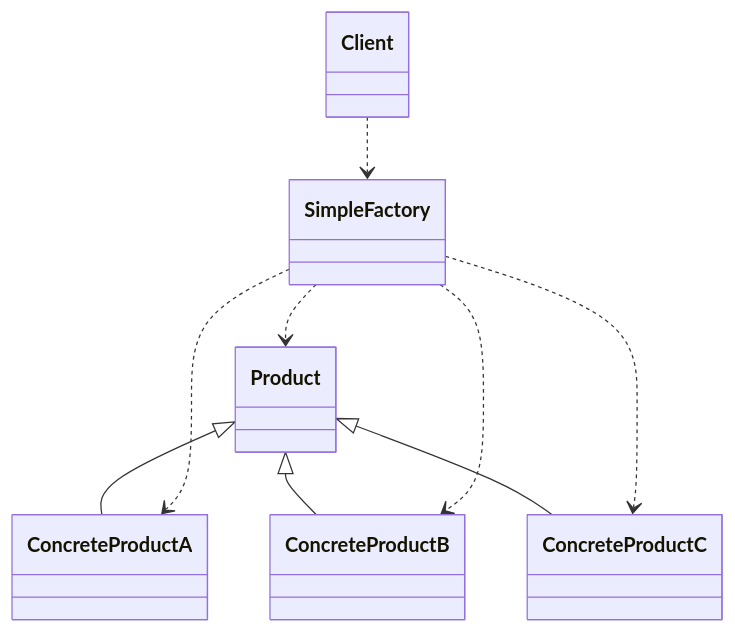
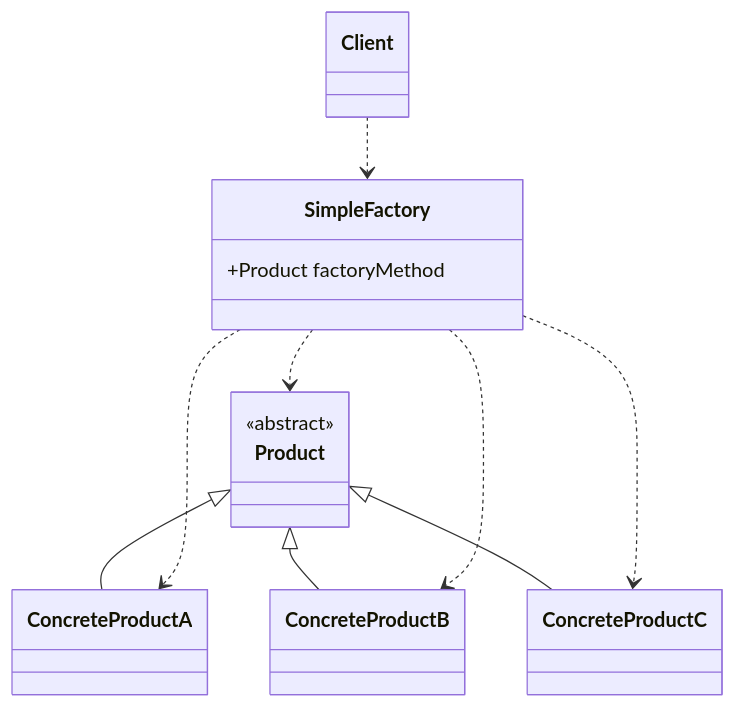
One commit to lingwh1995/books changed diagram 15 of 15 in general/designpattern/designpattern-java/designpattern-java.md. Above: the diagram before and after it, drawn with Mermaid. The commit also changed other lines of this file, not shown here.

````diff
--- a/general/designpattern/designpattern-java/designpattern-java.md
+++ b/general/designpattern/designpattern-java/designpattern-java.md
@@ -445,17 +741,21 @@
 ```mermaid
 classDiagram
+    Client ..> SimpleFactory
     Product <|-- ConcreteProductA
     Product <|-- ConcreteProductB
     Product <|-- ConcreteProductC
-    Client ..> SimpleFactory
     SimpleFactory ..> Product
     SimpleFactory ..> ConcreteProductA
     SimpleFactory ..> ConcreteProductB
     SimpleFactory ..> ConcreteProductC
     class ConcreteProductA{
     }
     class ConcreteProductB{
     }
     class ConcreteProductC{
     }
+    class SimpleFactory {
+        +Product factoryMethod
+    }
+    <<abstract>> Product
 ```
````
